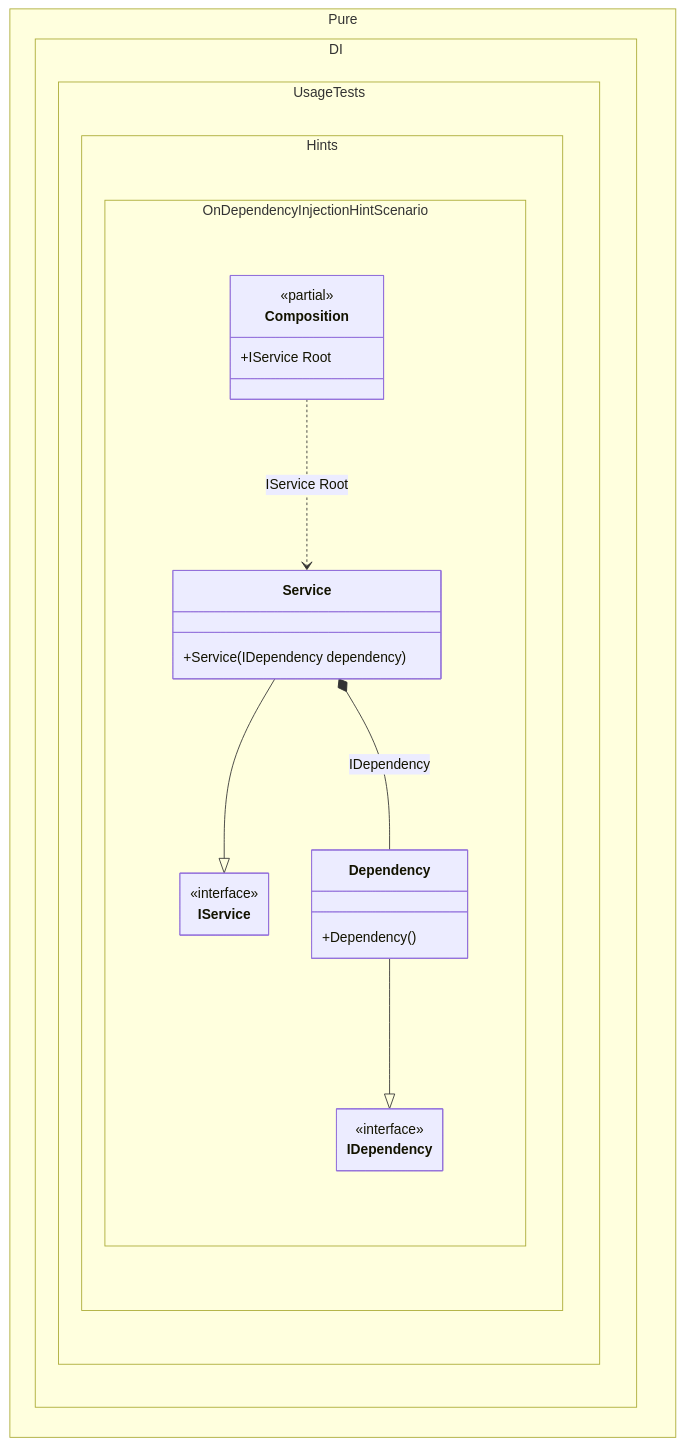
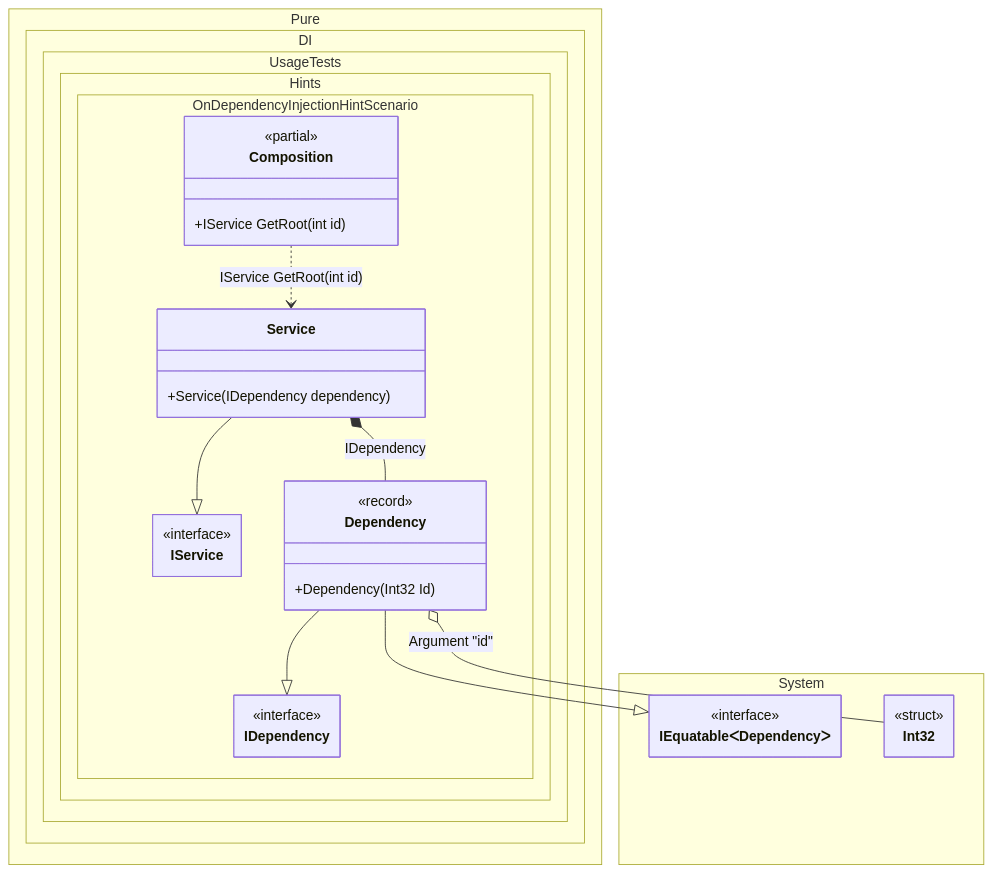
Before and after one commit to DevTeam/Pure.DI: the diagram in readme/ondependencyinjection-hint.md, drawn with Mermaid. The commit also changed other lines of this file and 107 other files, not shown here.

````diff
--- a/readme/ondependencyinjection-hint.md
+++ b/readme/ondependencyinjection-hint.md
@@ -94,30 +95,41 @@
 ```mermaid
 ---
  config:
   class:
    hideEmptyMembersBox: true
 ---
 classDiagram
 	Service --|> IService
 	Dependency --|> IDependency
-	Composition ..> Service : IService Root
+	Dependency --|> IEquatableᐸDependencyᐳ
+	Composition ..> Service : IService GetRoot(int id)
 	Service *--  Dependency : IDependency
+	Dependency o-- Int32 : Argument "id"
 	namespace Pure.DI.UsageTests.Hints.OnDependencyInjectionHintScenario {
 		class Composition {
 		<<partial>>
-		+IService Root
+		+IService GetRoot(int id)
 		}
 		class Dependency {
-			+Dependency()
+				<<record>>
+			+Dependency(Int32 Id)
 		}
 		class IDependency {
 			<<interface>>
 		}
 		class IService {
 			<<interface>>
 		}
 		class Service {
 			+Service(IDependency dependency)
 		}
 	}
+	namespace System {
+		class IEquatableᐸDependencyᐳ {
+			<<interface>>
+		}
+		class Int32 {
+				<<struct>>
+		}
+	}
 ```
````
